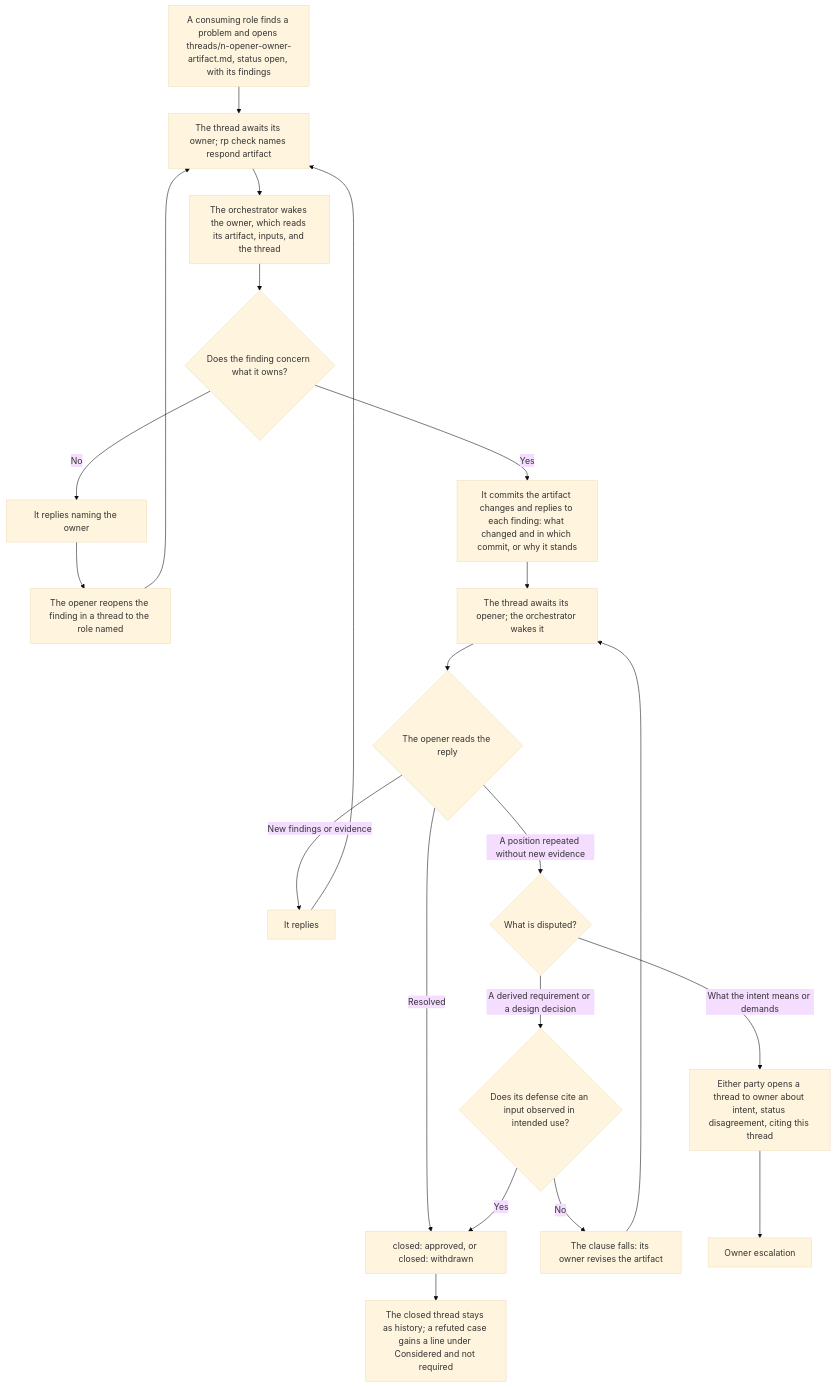
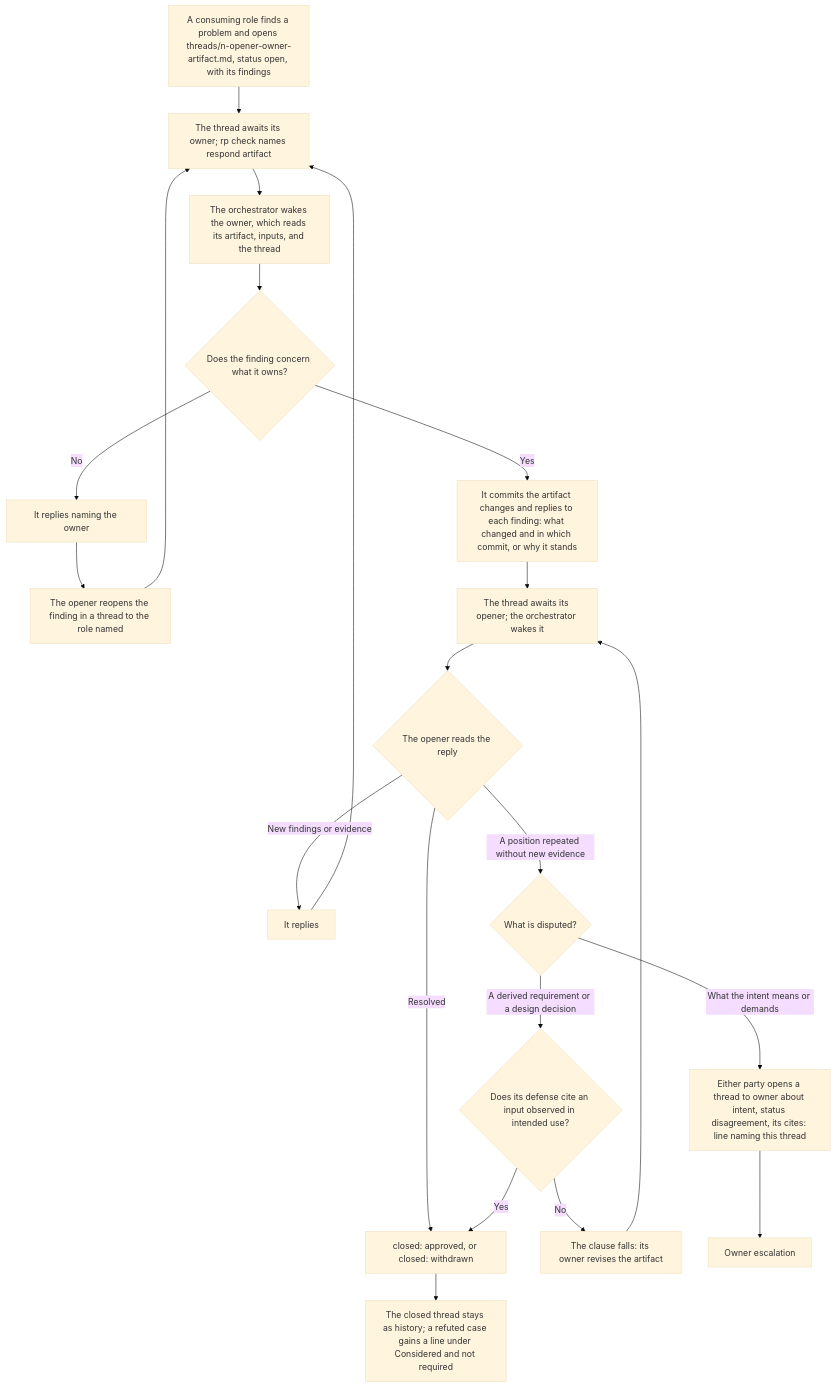
Before and after one commit to Automattic/radical-pipelines: the diagram in docs/flowcharts/threads.md, drawn with Mermaid (base theme). The commit also changed 14 other files, not shown here.

Commit message:
Have producers interpret the intent, and require threads to the owner to cite the disagreement or evidence (assisted)

````diff
--- a/docs/flowcharts/threads.md
+++ b/docs/flowcharts/threads.md
@@ -5,23 +5,23 @@
 ```mermaid
 flowchart TD
     OPEN["A consuming role finds a problem and opens threads/n-opener-owner-artifact.md, status open, with its findings"] --> AW1["The thread awaits its owner; rp check names respond artifact"]
     AW1 --> OWNER["The orchestrator wakes the owner, which reads its artifact, inputs, and the thread"]
     OWNER --> OWNS{"Does the finding concern what it owns?"}
     OWNS -->|No| NAME["It replies naming the owner"]
     NAME --> REOPEN["The opener reopens the finding in a thread to the role named"]
     REOPEN --> AW1
     OWNS -->|Yes| ANSWER["It commits the artifact changes and replies to each finding: what changed and in which commit, or why it stands"]
     ANSWER --> AW2["The thread awaits its opener; the orchestrator wakes it"]
     AW2 --> READ{"The opener reads the reply"}
     READ -->|Resolved| CLOSED["closed: approved, or closed: withdrawn"]
     READ -->|New findings or evidence| AGAIN["It replies"]
     AGAIN --> AW1
     READ -->|A position repeated without new evidence| DIS{"What is disputed?"}
     DIS -->|A derived requirement or a design decision| OBS{"Does its defense cite an input observed in intended use?"}
     OBS -->|Yes| CLOSED
     OBS -->|No| REVISE["The clause falls: its owner revises the artifact"]
     REVISE --> AW2
-    DIS -->|What the intent means or demands| ESC["Either party opens a thread to owner about intent, status disagreement, citing this thread"]
+    DIS -->|What the intent means or demands| ESC["Either party opens a thread to owner about intent, status disagreement, its cites: line naming this thread"]
     ESC --> OE["Owner escalation"]
     CLOSED --> HIST["The closed thread stays as history; a refuted case gains a line under Considered and not required"]
 ```
````
